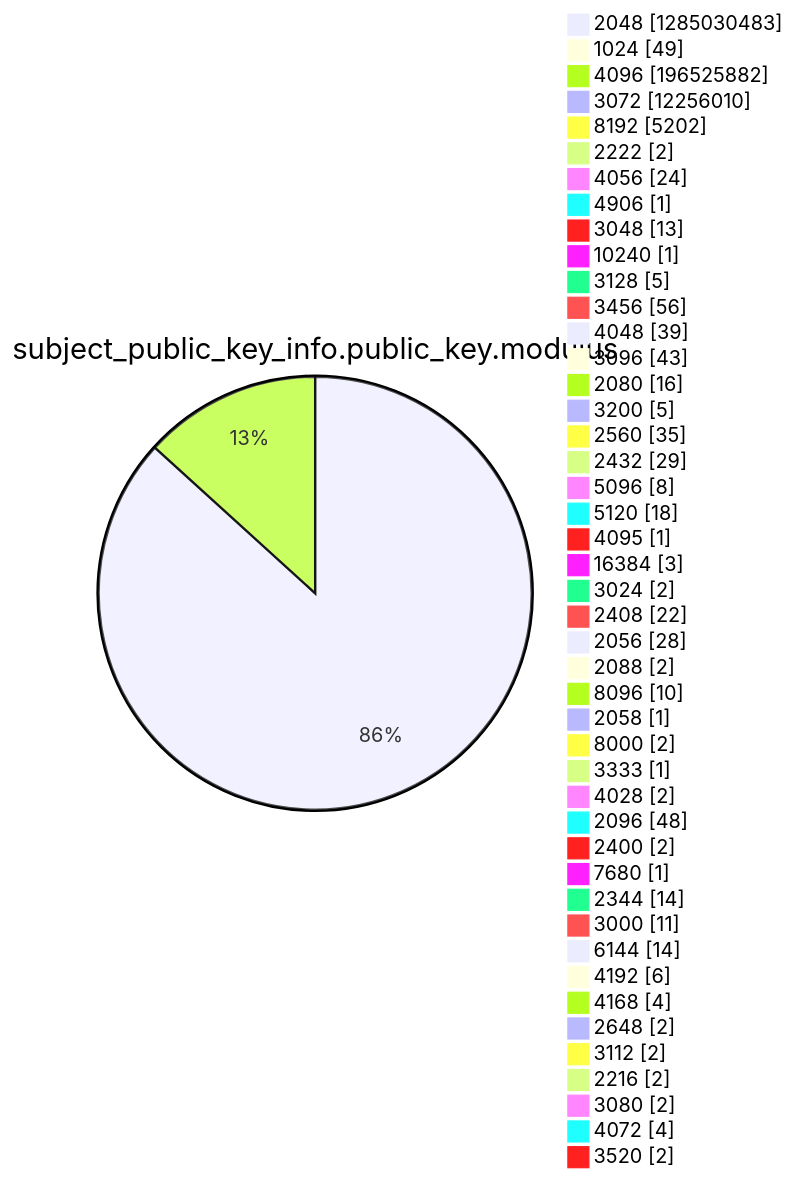
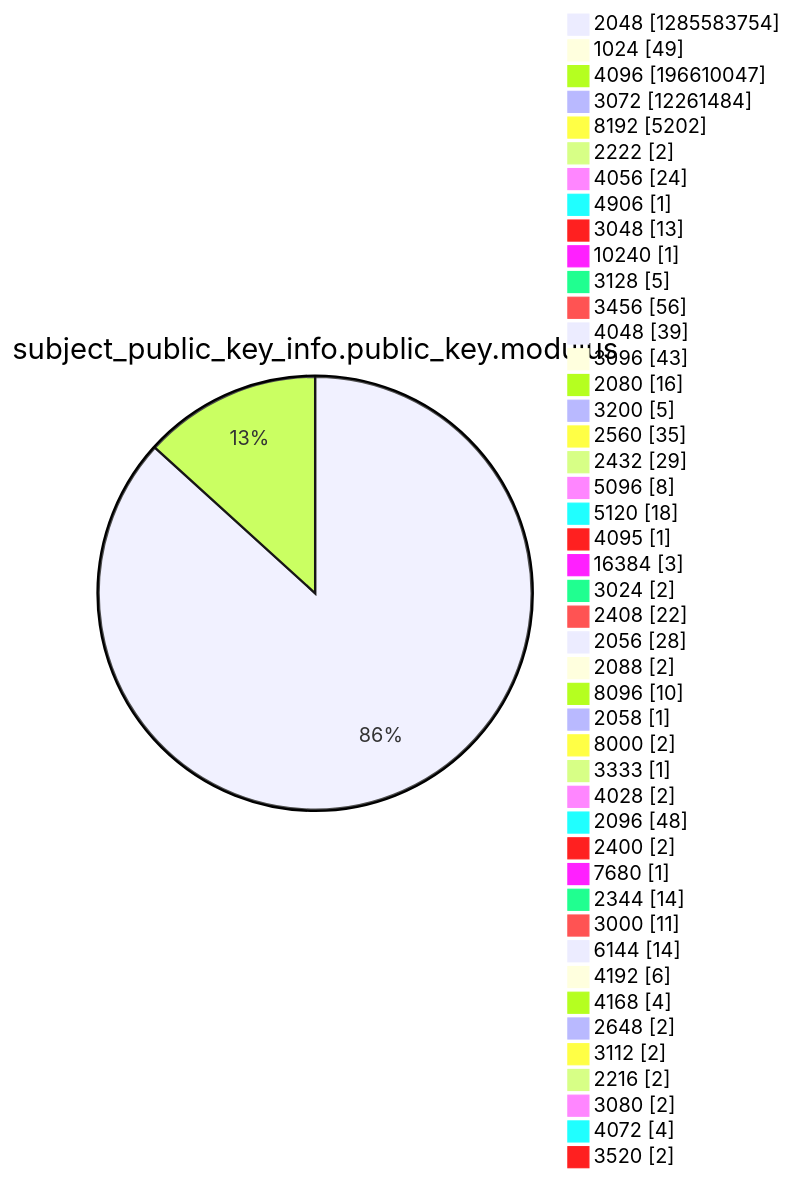
One commit to christiankrug/ctmonitor_visualization changed diagram 13 of 15 in xenon2022/README.md. Above: the diagram before and after it, drawn with Mermaid. The commit also changed other lines of this file, not shown here.

````diff
--- a/xenon2022/README.md
+++ b/xenon2022/README.md
@@ -3920,49 +3920,49 @@
 ```mermaid
 pie showData
 title subject_public_key_info.public_key.modulus
-"2048" :1285030483
+"2048" :1285583754
 "1024" :49
-"4096" :196525882
-"3072" :12256010
+"4096" :196610047
+"3072" :12261484
 "8192" :5202
 "2222" :2
 "4056" :24
 "4906" :1
 "3048" :13
 "10240" :1
 "3128" :5
 "3456" :56
 "4048" :39
 "3096" :43
 "2080" :16
 "3200" :5
 "2560" :35
 "2432" :29
 "5096" :8
 "5120" :18
 "4095" :1
 "16384" :3
 "3024" :2
 "2408" :22
 "2056" :28
 "2088" :2
 "8096" :10
 "2058" :1
 "8000" :2
 "3333" :1
 "4028" :2
 "2096" :48
 "2400" :2
 "7680" :1
 "2344" :14
 "3000" :11
 "6144" :14
 "4192" :6
 "4168" :4
 "2648" :2
 "3112" :2
 "2216" :2
 "3080" :2
 "4072" :4
 "3520" :2
 ```
````
